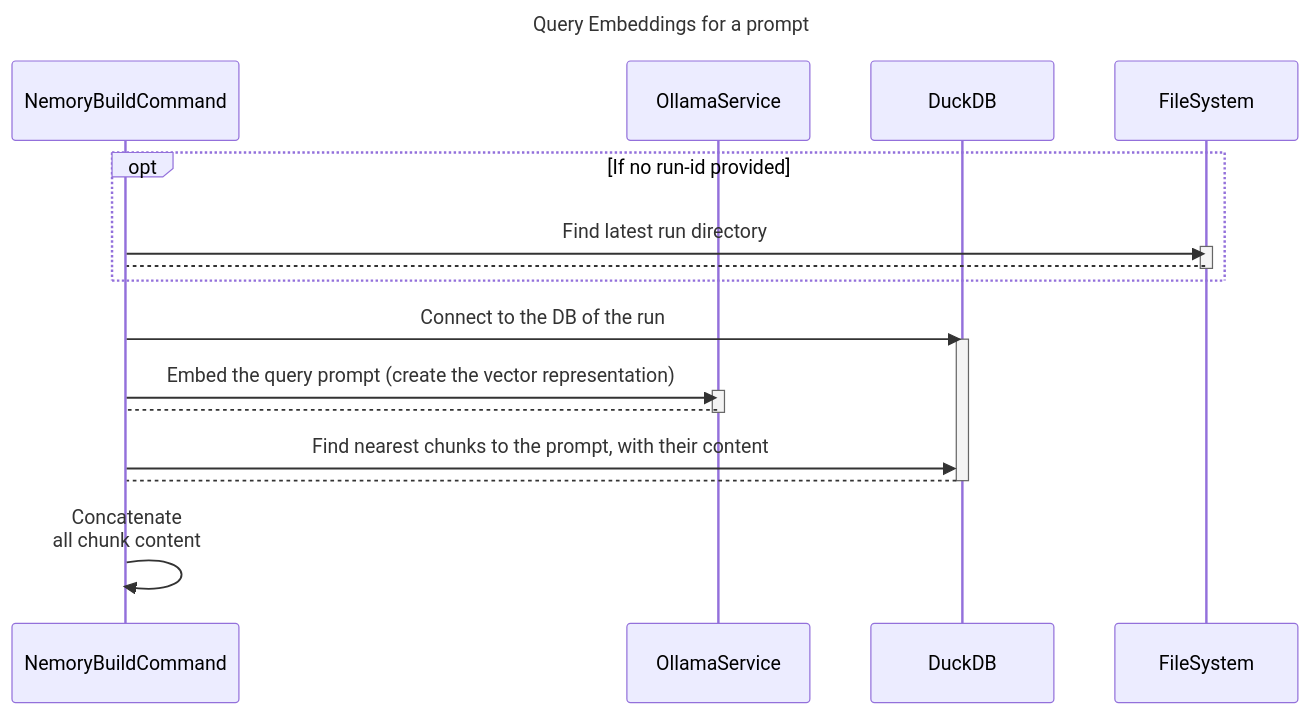
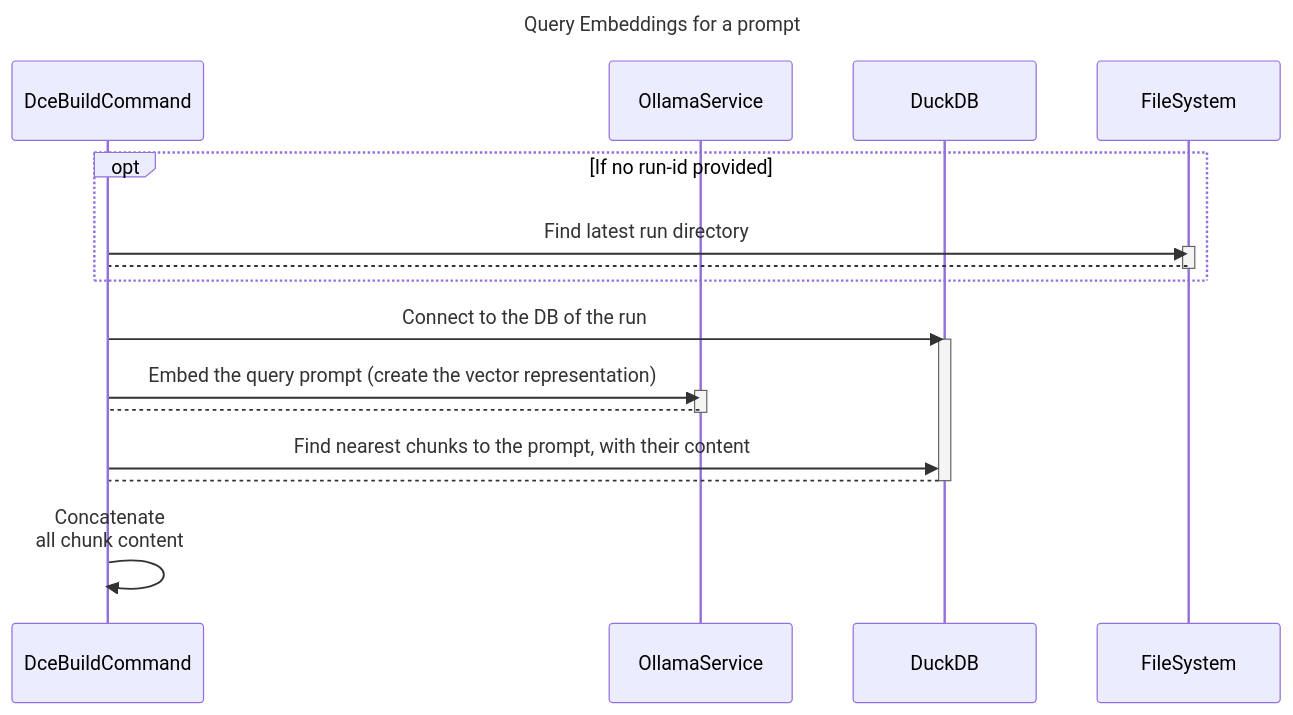
Before and after one commit to JetBrains/databao-context-engine: the third of 4 diagrams in docs/embeddings.md, drawn with Mermaid. The commit also changed other lines of this file and 273 other files, not shown here.

````diff
--- a/docs/embeddings.md
+++ b/docs/embeddings.md
@@ -62,27 +61,27 @@
 ```mermaid
 ---
 title: Query Embeddings for a prompt
 ---
 sequenceDiagram
-    participant NemoryBuildCommand
+    participant DceBuildCommand
     participant OllamaService
     participant DuckDB
     participant FileSystem
     
     opt If no run-id provided
-        NemoryBuildCommand->>FileSystem: Find latest run directory
+        DceBuildCommand->>FileSystem: Find latest run directory
         activate FileSystem
         deactivate FileSystem
-        FileSystem-->NemoryBuildCommand: 
+        FileSystem-->DceBuildCommand: 
     end
-    NemoryBuildCommand->>DuckDB: Connect to the DB of the run
+    DceBuildCommand->>DuckDB: Connect to the DB of the run
     activate DuckDB
-    NemoryBuildCommand->>OllamaService: Embed the query prompt (create the vector representation)
+    DceBuildCommand->>OllamaService: Embed the query prompt (create the vector representation)
     activate OllamaService
     deactivate OllamaService
-    OllamaService-->NemoryBuildCommand: 
-    NemoryBuildCommand->>DuckDB: Find nearest chunks to the prompt, with their content
-    DuckDB-->NemoryBuildCommand: 
+    OllamaService-->DceBuildCommand: 
+    DceBuildCommand->>DuckDB: Find nearest chunks to the prompt, with their content
+    DuckDB-->DceBuildCommand: 
     deactivate DuckDB
-    NemoryBuildCommand->>NemoryBuildCommand: Concatenate<br/>all chunk content
+    DceBuildCommand->>DceBuildCommand: Concatenate<br/>all chunk content
 ```
````
